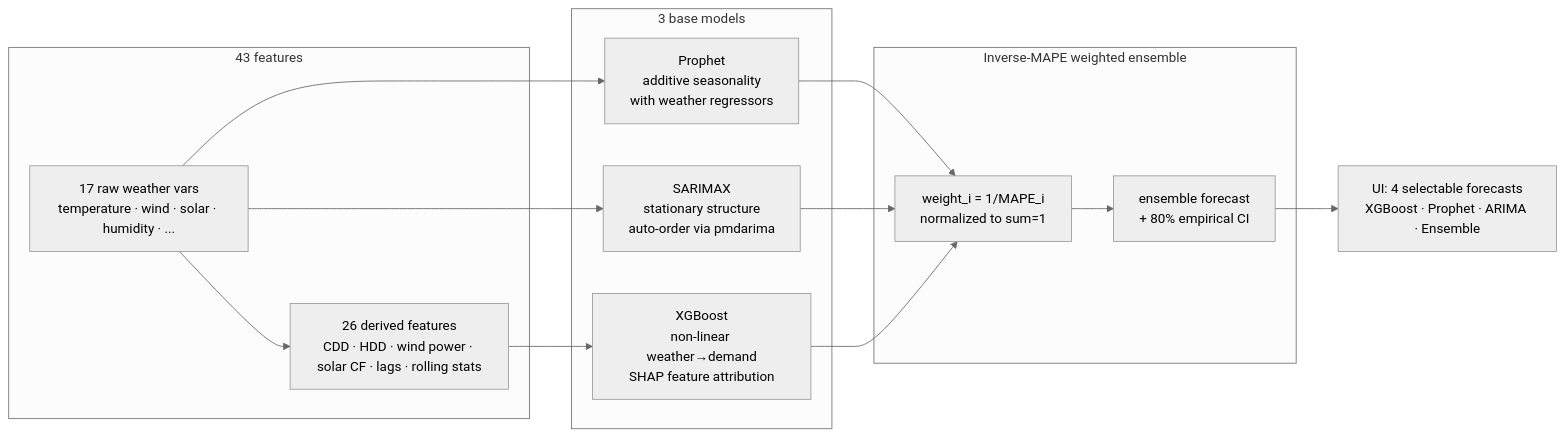
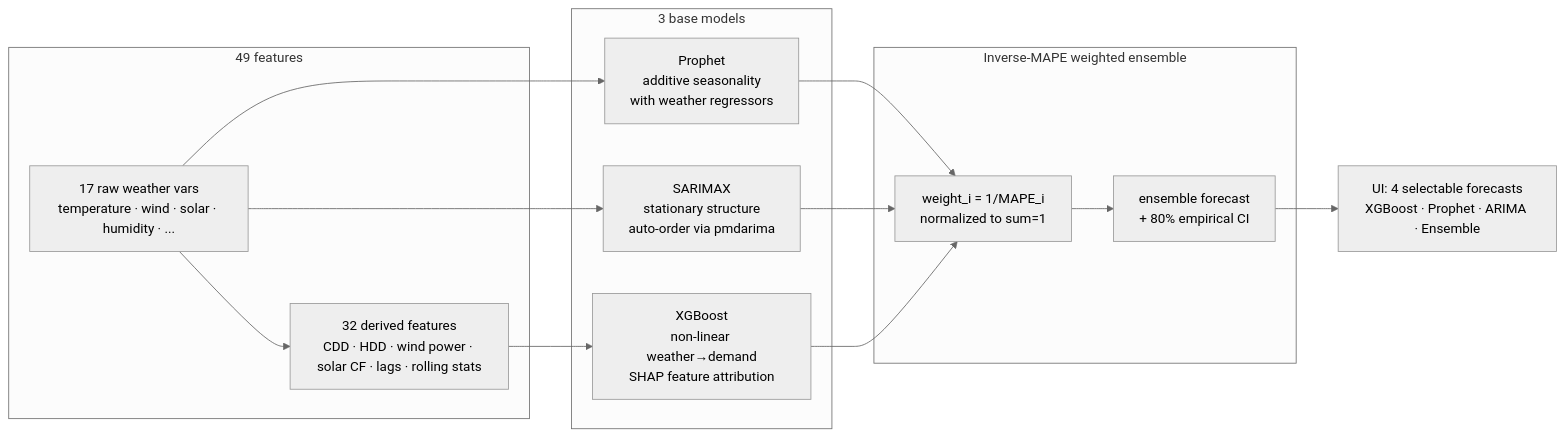
One commit to kristenmartino/gridpulse changed the fourth of 5 diagrams in docs/HOW_IT_WORKS.md. Above: the diagram before and after it, drawn with Mermaid (neutral theme). The commit also changed other lines of this file and 10 other files, not shown here.

````diff
--- a/docs/HOW_IT_WORKS.md
+++ b/docs/HOW_IT_WORKS.md
@@ -112,29 +112,29 @@
 ```mermaid
 flowchart LR
-    subgraph Input["43 features"]
+    subgraph Input["49 features"]
         Raw[17 raw weather vars<br/>temperature · wind · solar · humidity · ...]
-        Derived[26 derived features<br/>CDD · HDD · wind power · solar CF · lags · rolling stats]
+        Derived[32 derived features<br/>CDD · HDD · wind power · solar CF · lags · rolling stats]
     end
 
     subgraph Models["3 base models"]
         Prophet[Prophet<br/>additive seasonality<br/>with weather regressors]
         SARIMAX[SARIMAX<br/>stationary structure<br/>auto-order via pmdarima]
         XGB[XGBoost<br/>non-linear weather→demand<br/>SHAP feature attribution]
     end
 
     subgraph Ensemble["Inverse-MAPE weighted ensemble"]
         Weights[weight_i = 1/MAPE_i<br/>normalized to sum=1]
         Combined[ensemble forecast<br/>+ 80% empirical CI]
     end
 
     Raw --> Derived
     Raw --> Prophet
     Raw --> SARIMAX
     Derived --> XGB
     Prophet --> Weights
     SARIMAX --> Weights
     XGB --> Weights
     Weights --> Combined
 
     Combined --> UI[UI: 4 selectable forecasts<br/>XGBoost · Prophet · ARIMA · Ensemble]
 ```
````
